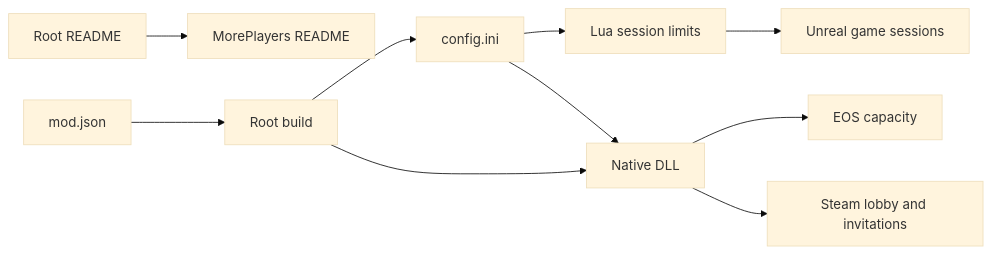
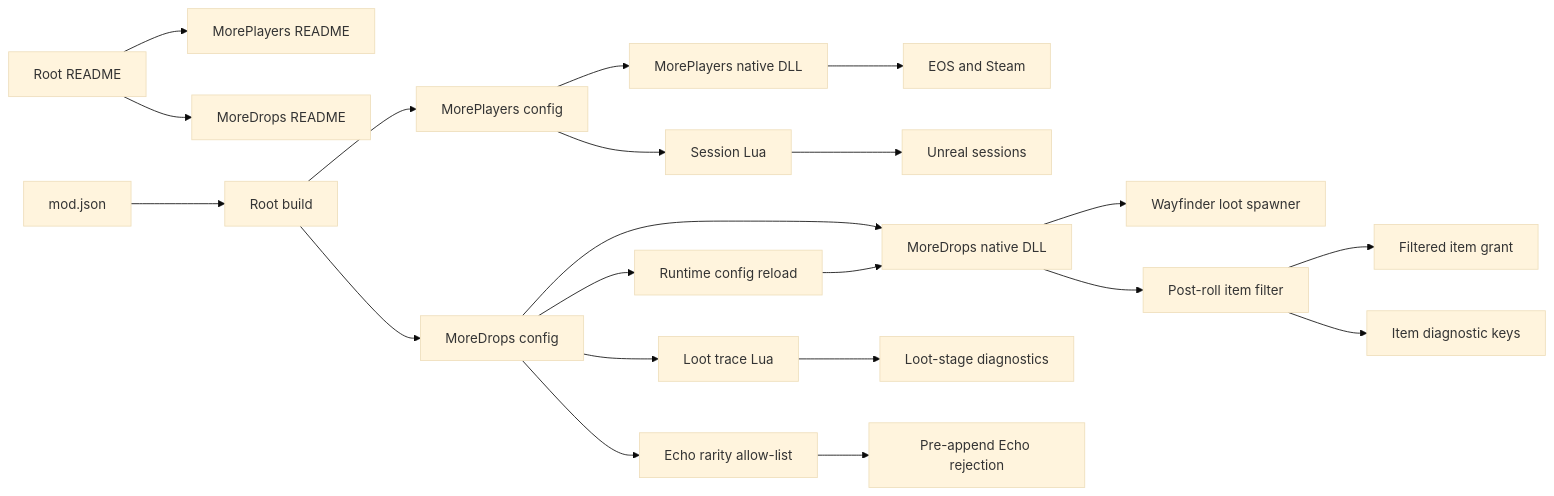
The diagram in lode/summary.md (TheAngryByrd/Wayfinder-Mods), drawn with Mermaid (base theme) before and after one commit. The commit also changed other lines of this file and 14 other files, not shown here.

Commit message:
Add configurable MoreDrops loot filtering

````diff
--- a/lode/summary.md
+++ b/lode/summary.md
@@ -8,12 +11,23 @@
 ```mermaid
 flowchart LR
-    Catalog[Root README] --> ModReadme[MorePlayers README]
+    Catalog[Root README] --> Players[MorePlayers README]
+    Catalog --> Drops[MoreDrops README]
     Manifest[mod.json] --> Build[Root build]
-    Build --> Config[config.ini]
-    Build --> Native[Native DLL]
-    Config --> Lua[Lua session limits]
-    Config --> Native[Native DLL]
-    Native --> EOS[EOS capacity]
-    Native --> Steam[Steam lobby and invitations]
-    Lua --> Unreal[Unreal game sessions]
+    Build --> PlayersConfig[MorePlayers config]
+    Build --> DropsConfig[MoreDrops config]
+    PlayersConfig --> PlayerNative[MorePlayers native DLL]
+    PlayersConfig --> SessionLua[Session Lua]
+    DropsConfig --> LootNative[MoreDrops native DLL]
+    DropsConfig --> ConfigReload[Runtime config reload]
+    ConfigReload --> LootNative
+    DropsConfig --> LootLua[Loot trace Lua]
+    PlayerNative --> Online[EOS and Steam]
+    SessionLua --> Unreal[Unreal sessions]
+    LootNative --> Spawner[Wayfinder loot spawner]
+    LootNative --> ItemFilter[Post-roll item filter]
+    ItemFilter --> ItemGrant[Filtered item grant]
+    DropsConfig --> EchoSetting[Echo rarity allow-list]
+    EchoSetting --> EchoReject[Pre-append Echo rejection]
+    ItemFilter --> ItemLog[Item diagnostic keys]
+    LootLua --> Trace[Loot-stage diagnostics]
 ```
````
